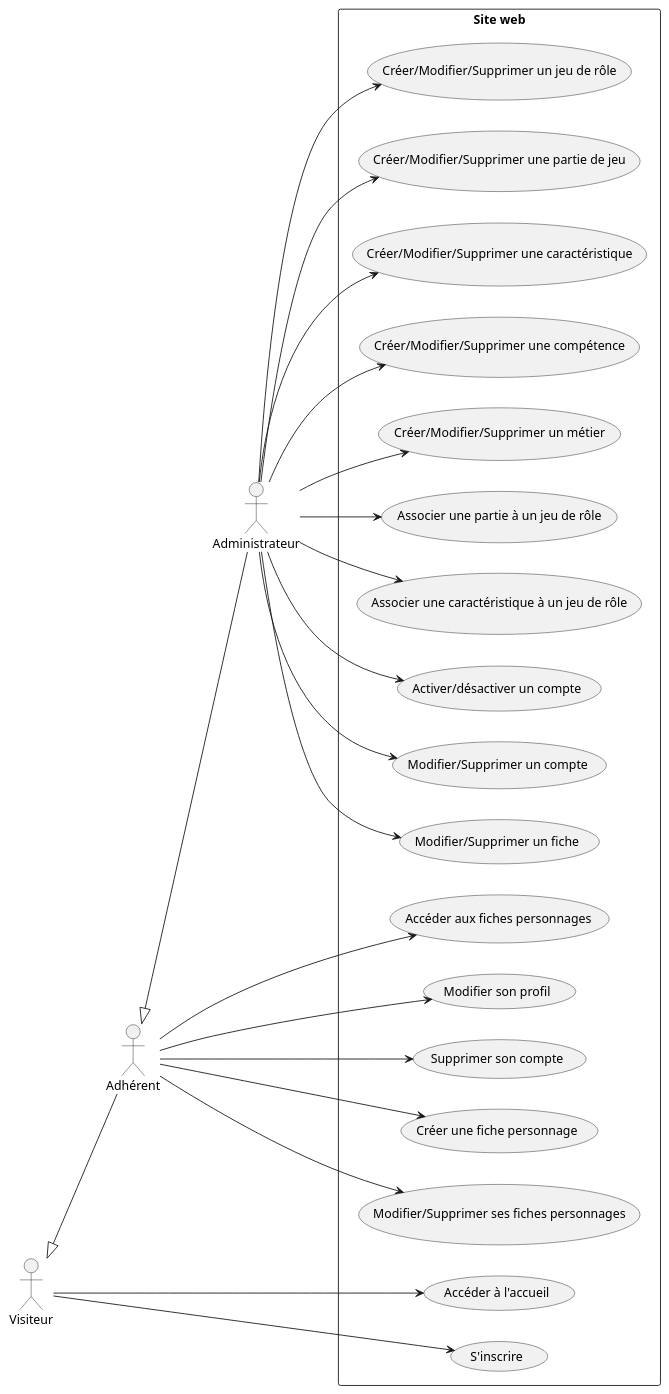
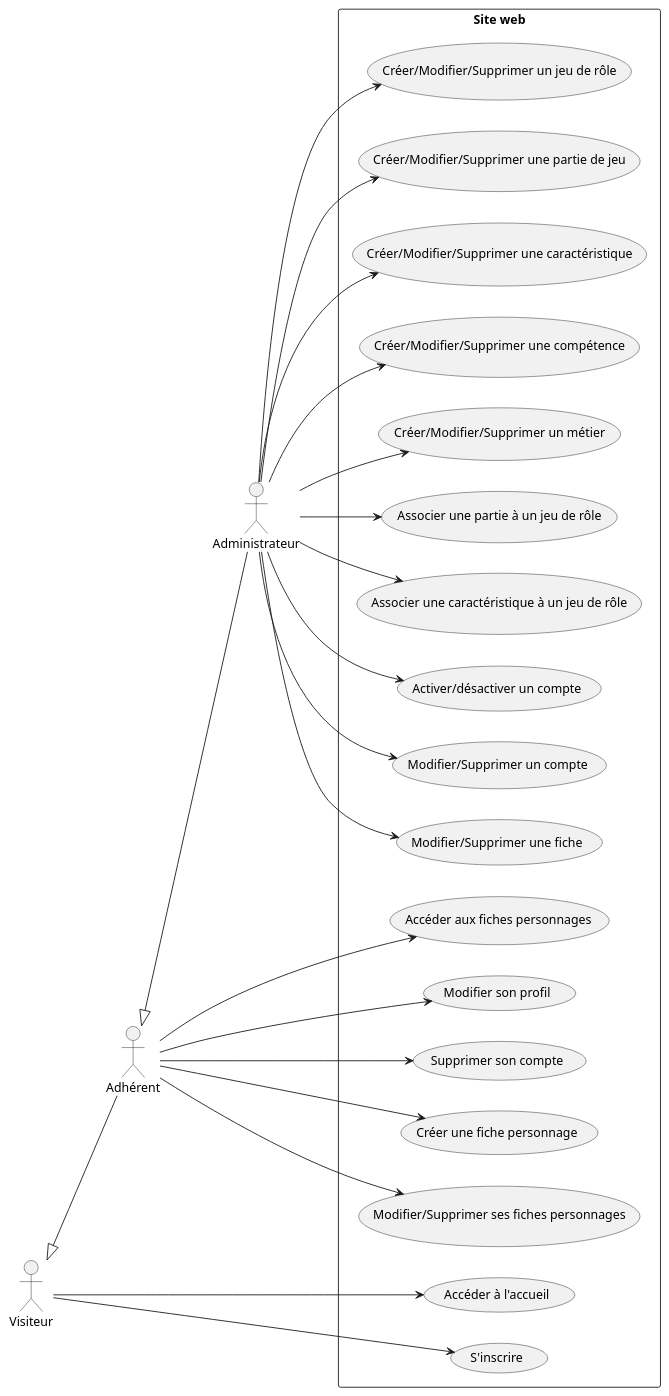
Before and after one commit to aurelien-genois/challenge-association-jeux-de-role: the diagram in docs/diagramme_utilisation_global.puml, drawn with PlantUML. The commit also changed 5 other files, not shown here.

First line of the commit message:
📚 docs(app): Add UML sequence diagram

```diff
--- a/docs/diagramme_utilisation_global.puml
+++ b/docs/diagramme_utilisation_global.puml
@@ -1,54 +1,54 @@
 @startuml cas d'utilisation
 left to right direction
 
 actor Visiteur
 actor Adhérent
 actor Administrateur
 
 Visiteur <|-- Adhérent
 Adhérent <|-- Administrateur
 
 rectangle "Site web" {
     usecase "Accéder à l'accueil" as UC1
     usecase "S'inscrire" as UC2
 
     usecase "Accéder aux fiches personnages" as UC3
     usecase "Modifier son profil" as UC4
     usecase "Supprimer son compte" as UC5
     usecase "Créer une fiche personnage" as UC6
     usecase "Modifier/Supprimer ses fiches personnages" as UC7
 
     usecase "Activer/désactiver un compte" as UC8
     usecase "Modifier/Supprimer un compte" as UC9
-    usecase "Modifier/Supprimer un fiche" as UC10
+    usecase "Modifier/Supprimer une fiche" as UC10
     usecase "Créer/Modifier/Supprimer un jeu de rôle" as UC11
     usecase "Créer/Modifier/Supprimer une partie de jeu" as UC12
     usecase "Créer/Modifier/Supprimer une caractéristique" as UC13
     usecase "Créer/Modifier/Supprimer une compétence" as UC14
     usecase "Créer/Modifier/Supprimer un métier" as UC15
     usecase "Associer une partie à un jeu de rôle" as UC16
     usecase "Associer une caractéristique à un jeu de rôle" as UC17
 
 }
 
 Visiteur --> UC1
 Visiteur --> UC2
 
 Adhérent --> UC3
 Adhérent --> UC4
 Adhérent --> UC5
 Adhérent --> UC6
 Adhérent --> UC7
 
 Administrateur --> UC8
 Administrateur --> UC9
 Administrateur --> UC10
 Administrateur --> UC11
 Administrateur --> UC12
 Administrateur --> UC13
 Administrateur --> UC14
 Administrateur --> UC15
 Administrateur --> UC16
 Administrateur --> UC17
 
 @enduml
```
